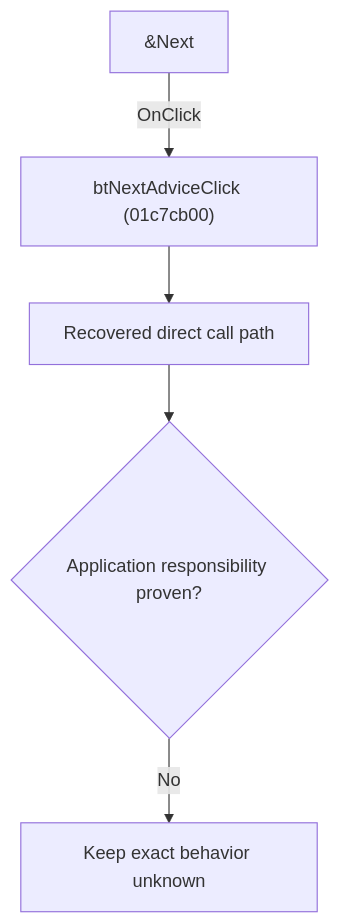
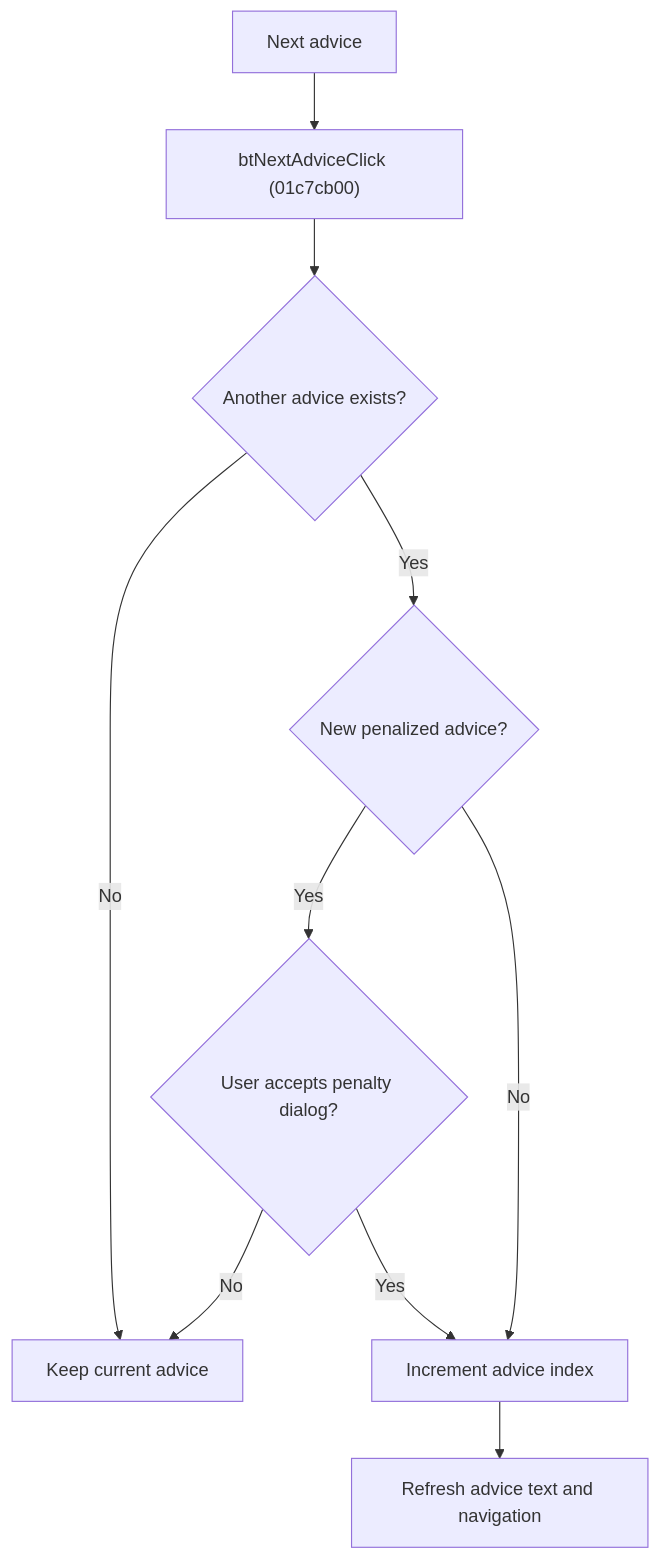
One commit to MovGP0/TIARA changed the diagram in docs/ui-controls/schematiceditor/btnextadvice-741c7acfca.md. Above: the diagram before and after it, drawn with Mermaid. The commit also changed other lines of this file and 241 other files, not shown here.

````diff
--- a/docs/ui-controls/schematiceditor/btnextadvice-741c7acfca.md
+++ b/docs/ui-controls/schematiceditor/btnextadvice-741c7acfca.md
@@ -27,7 +19,12 @@
 ```mermaid
 flowchart TD
-    control["&Next"] -->|"OnClick"| handler["btNextAdviceClick (01c7cb00)"]
-    handler --> recovered["Recovered direct call path"]
-    recovered --> gap{"Application responsibility proven?"}
-    gap -->|"No"| blocked["Keep exact behavior unknown"]
+    control["Next advice"] --> handler["btNextAdviceClick (01c7cb00)"]
+    handler --> available{"Another advice exists?"}
+    available -->|"No"| noop["Keep current advice"]
+    available -->|"Yes"| charge{"New penalized advice?"}
+    charge -->|"Yes"| confirm{"User accepts penalty dialog?"}
+    confirm -->|"No"| noop
+    charge -->|"No"| advance["Increment advice index"]
+    confirm -->|"Yes"| advance
+    advance --> refresh["Refresh advice text and navigation"]
 ```
````
